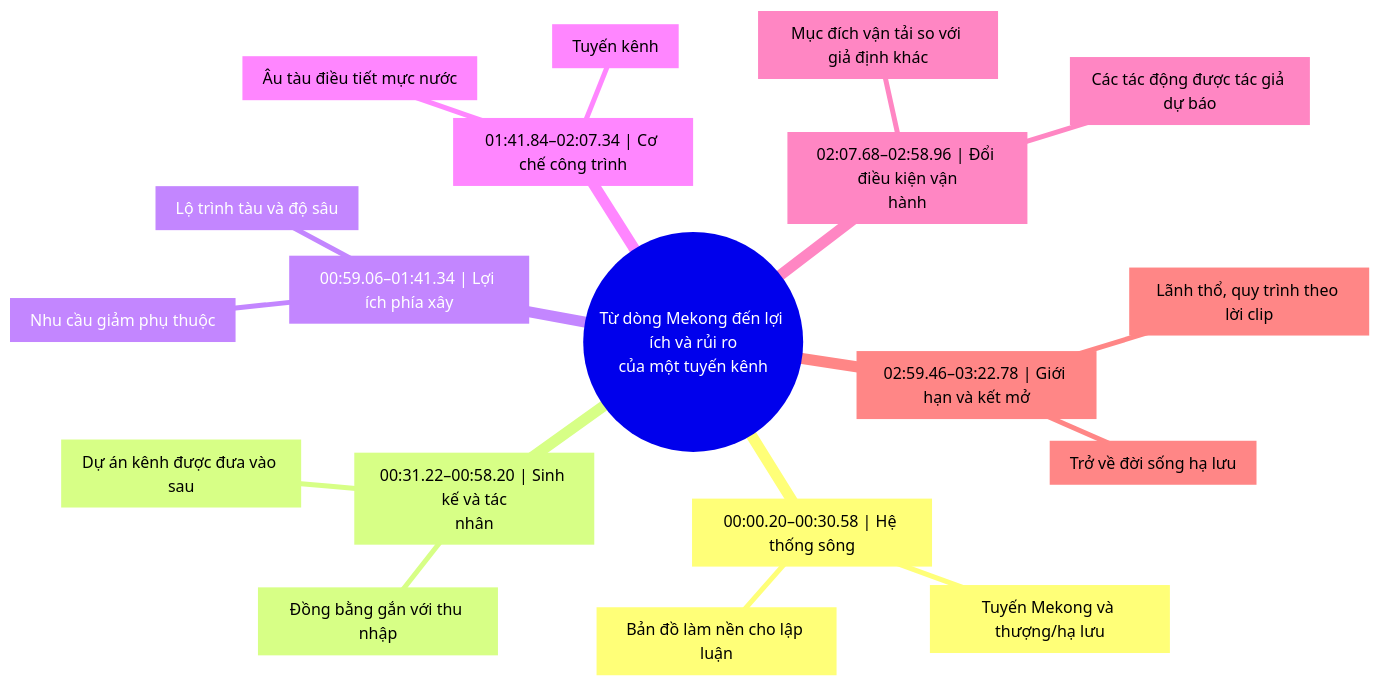
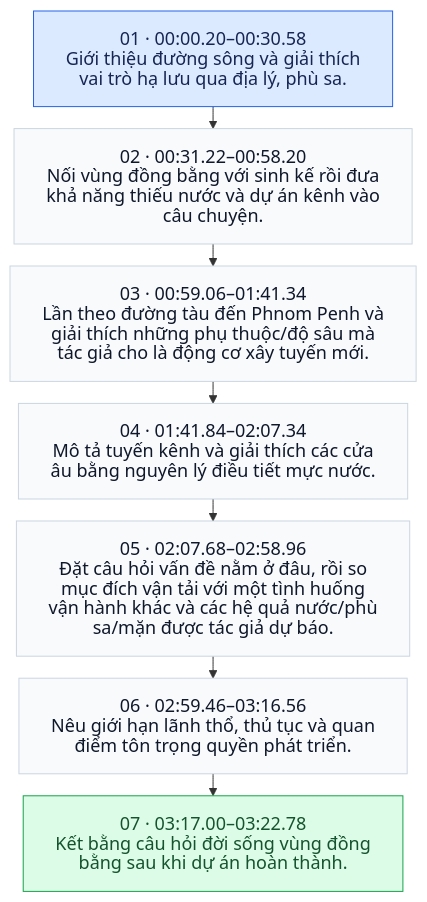
The diagram in skills/hook-script/references/corpus/cases/7366583144767606023.md (vilo0411/hook-script-kit), drawn with Mermaid before and after one commit. The commit also changed other lines of this file and 103 other files, not shown here.

Commit message:
Diversify Vietnamese clip sources and replace radial maps with story flows

````diff
--- a/skills/hook-script/references/corpus/cases/7366583144767606023.md
+++ b/skills/hook-script/references/corpus/cases/7366583144767606023.md
@@ -136,22 +17,23 @@
 ```mermaid
-mindmap
-  root((Từ dòng Mekong đến lợi ích và rủi ro<br/>của một tuyến kênh))
-    b0["00:00.20–00:30.58 | Hệ thống sông"]
-      b0c0["Tuyến Mekong và thượng/hạ lưu"]
-      b0c1["Bản đồ làm nền cho lập luận"]
-    b1["00:31.22–00:58.20 | Sinh kế và tác<br/>nhân"]
-      b1c0["Đồng bằng gắn với thu nhập"]
-      b1c1["Dự án kênh được đưa vào sau"]
-    b2["00:59.06–01:41.34 | Lợi ích phía xây"]
-      b2c0["Lộ trình tàu và độ sâu"]
-      b2c1["Nhu cầu giảm phụ thuộc"]
-    b3["01:41.84–02:07.34 | Cơ chế công trình"]
-      b3c0["Tuyến kênh"]
-      b3c1["Âu tàu điều tiết mực nước"]
-    b4["02:07.68–02:58.96 | Đổi điều kiện vận<br/>hành"]
-      b4c0["Mục đích vận tải so với giả định khác"]
-      b4c1["Các tác động được tác giả dự báo"]
-    b5["02:59.46–03:22.78 | Giới hạn và kết mở"]
-      b5c0["Lãnh thổ, quy trình theo lời clip"]
-      b5c1["Trở về đời sống hạ lưu"]
+%%{init: {"htmlLabels": false, "themeVariables": {"fontSize": "18px"}, "flowchart": {"padding": 16, "rankSpacing": 22, "wrappingWidth": 360}}}%%
+flowchart TD
+  n0["01 · 00:00.20–00:30.58<br/>Giới thiệu đường sông và giải thích<br/>vai trò hạ lưu qua địa lý, phù sa."]
+  n1["02 · 00:31.22–00:58.20<br/>Nối vùng đồng bằng với sinh kế rồi đưa<br/>khả năng thiếu nước và dự án kênh vào<br/>câu chuyện."]
+  n0 --> n1
+  n2["03 · 00:59.06–01:41.34<br/>Lần theo đường tàu đến Phnom Penh và<br/>giải thích những phụ thuộc/độ sâu mà<br/>tác giả cho là động cơ xây tuyến mới."]
+  n1 --> n2
+  n3["04 · 01:41.84–02:07.34<br/>Mô tả tuyến kênh và giải thích các cửa<br/>âu bằng nguyên lý điều tiết mực nước."]
+  n2 --> n3
+  n4["05 · 02:07.68–02:58.96<br/>Đặt câu hỏi vấn đề nằm ở đâu, rồi so<br/>mục đích vận tải với một tình huống<br/>vận hành khác và các hệ quả nước/phù<br/>sa/mặn được tác giả dự báo."]
+  n3 --> n4
+  n5["06 · 02:59.46–03:16.56<br/>Nêu giới hạn lãnh thổ, thủ tục và quan<br/>điểm tôn trọng quyền phát triển."]
+  n4 --> n5
+  n6["07 · 03:17.00–03:22.78<br/>Kết bằng câu hỏi đời sống vùng đồng<br/>bằng sau khi dự án hoàn thành."]
+  n5 --> n6
+  classDef phase fill:#F8FAFC,stroke:#CBD5E1,color:#0F172A,font-size:18px;
+  classDef opening fill:#DBEAFE,stroke:#2563EB,color:#172554,font-size:18px;
+  classDef ending fill:#DCFCE7,stroke:#16A34A,color:#14532D,font-size:18px;
+  class n0,n1,n2,n3,n4,n5,n6 phase;
+  class n0 opening;
+  class n6 ending;
 ```
````
